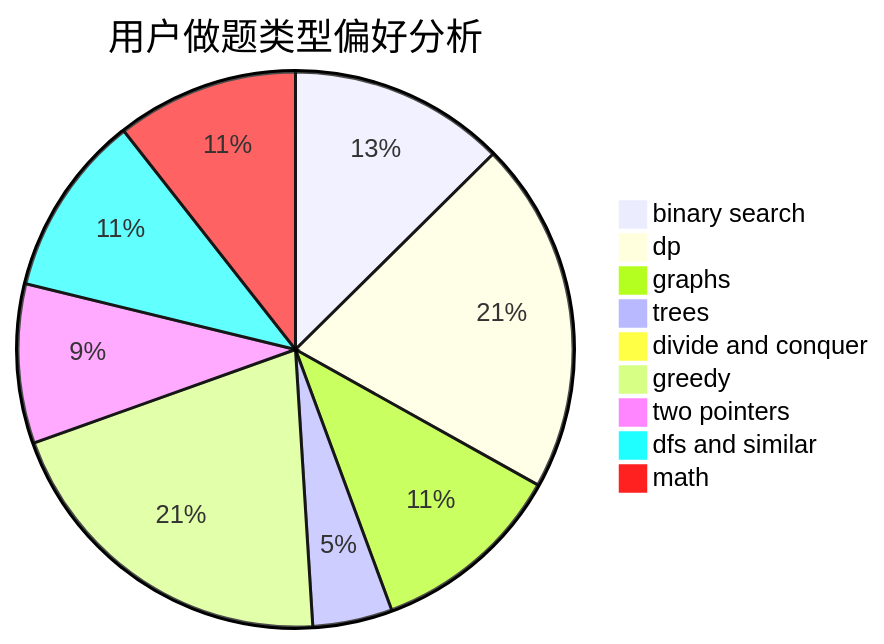
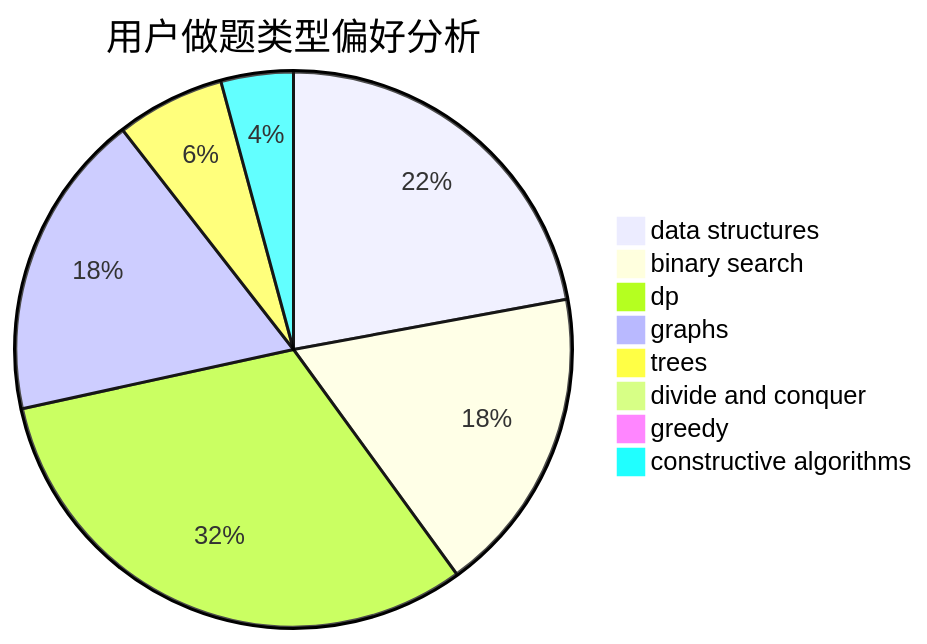
One commit to sherpahu/cfrs.github.io changed the second of 3 diagrams in docs/user/u739.md. Above: the diagram before and after it, drawn with Mermaid. The commit also changed other lines of this file and 2775 other files, not shown here.

````diff
--- a/docs/user/u739.md
+++ b/docs/user/u739.md
@@ -23,12 +23,11 @@
 ```mermaid
 pie title 用户做题类型偏好分析
-    "binary search" :  19
-    "dp" :  31
+    "data structures" :  21
+    "binary search" :  17
+    "dp" :  30
     "graphs" :  17
-    "trees" :  7
+    "trees" :  6
     "divide and conquer" :  0
-    "greedy" :  31
-    "two pointers" :  14
-    "dfs and similar" :  16
-    "math" :  16
+    "greedy" :  0
+    "constructive algorithms" :  4
 ```
````
